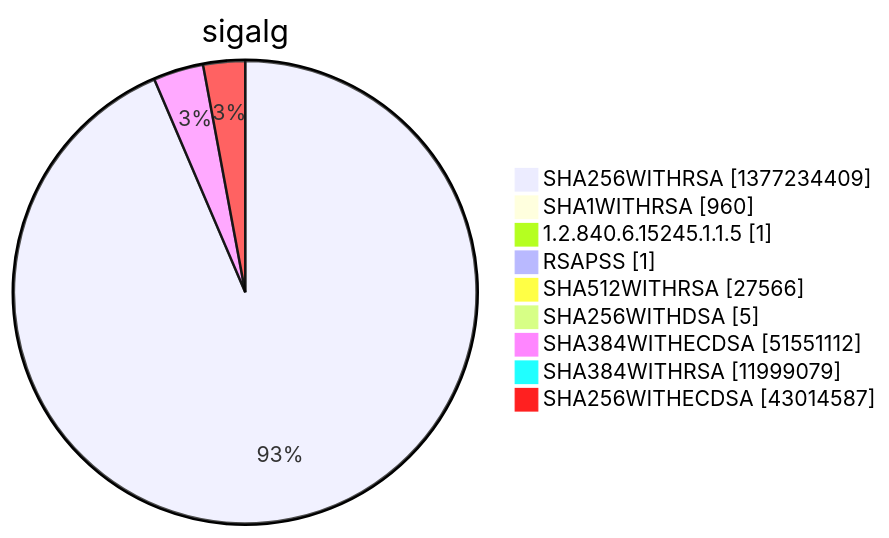
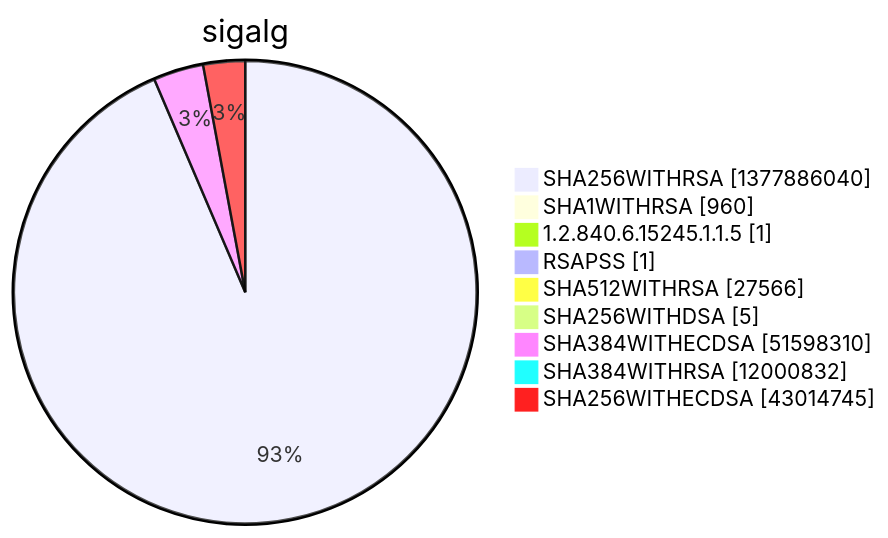
One commit to christiankrug/ctmonitor_visualization changed diagram 15 of 15 in argon2022/README.md. Above: the diagram before and after it, drawn with Mermaid. The commit also changed other lines of this file, not shown here.

````diff
--- a/argon2022/README.md
+++ b/argon2022/README.md
@@ -5524,13 +5524,13 @@
 ```mermaid
 pie showData
 title sigalg
-"SHA256WITHRSA" :1377234409
+"SHA256WITHRSA" :1377886040
 "SHA1WITHRSA" :960
 "1.2.840.6.15245.1.1.5" :1
 "RSAPSS" :1
 "SHA512WITHRSA" :27566
 "SHA256WITHDSA" :5
-"SHA384WITHECDSA" :51551112
-"SHA384WITHRSA" :11999079
-"SHA256WITHECDSA" :43014587
+"SHA384WITHECDSA" :51598310
+"SHA384WITHRSA" :12000832
+"SHA256WITHECDSA" :43014745
 ```
````
